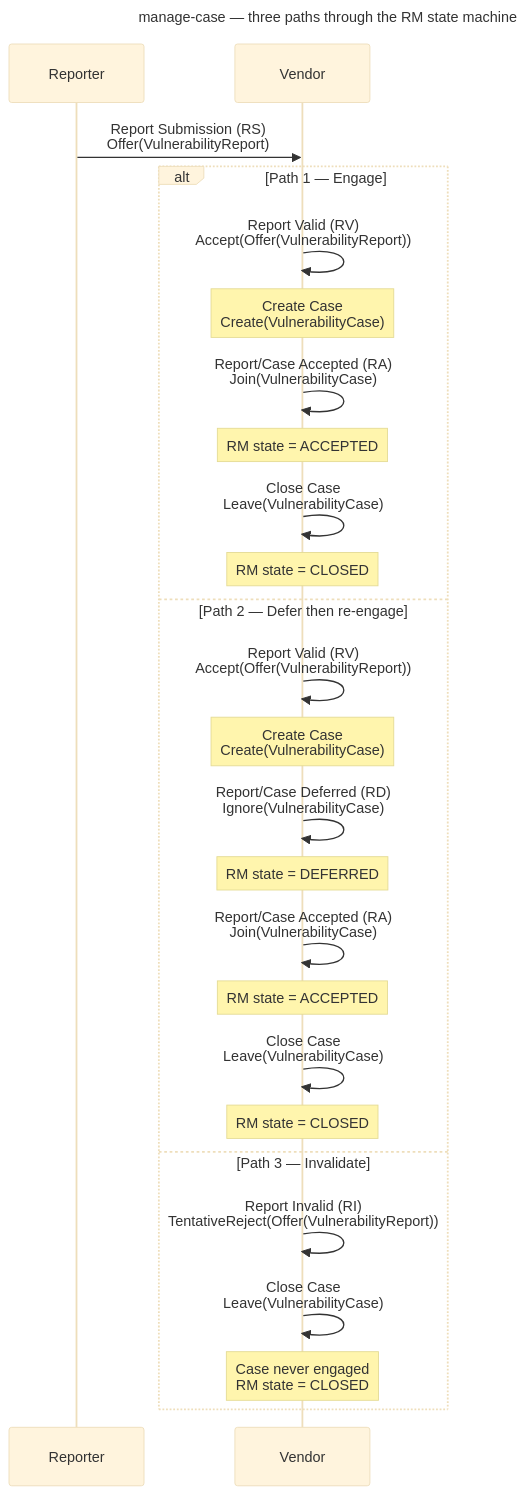
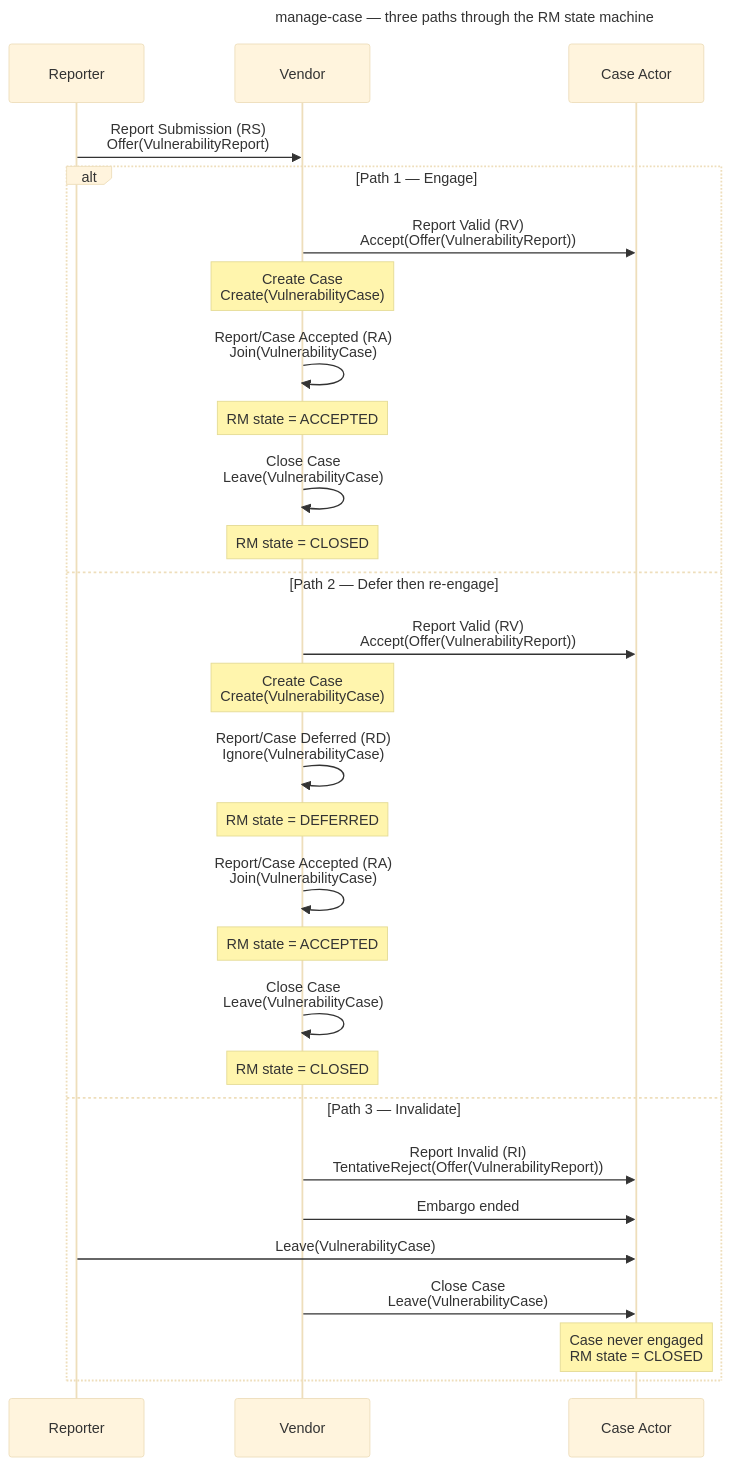
Before and after one commit to CERTCC/Vultron: the ninth of 9 diagrams in docs/tutorials/other_demos.md, drawn with Mermaid (base theme). The commit also changed other lines of this file and 1 other file, not shown here.

Commit message:
docs: exchange demo tutorials show report answers sent to the CaseActor (#5438)

````diff
--- a/docs/tutorials/other_demos.md
+++ b/docs/tutorials/other_demos.md
@@ -479,31 +485,34 @@
 ```mermaid
 ---
 title: manage-case — three paths through the RM state machine
 ---
 sequenceDiagram
     participant R as Reporter
     participant V as Vendor
+    participant CA as Case Actor
 
     R->>V: Report Submission (RS)<br/>Offer(VulnerabilityReport)
     alt Path 1 — Engage
-        V->>V: Report Valid (RV)<br/>Accept(Offer(VulnerabilityReport))
+        V->>CA: Report Valid (RV)<br/>Accept(Offer(VulnerabilityReport))
         Note over V: Create Case<br/>Create(VulnerabilityCase)
         V->>V: Report/Case Accepted (RA)<br/>Join(VulnerabilityCase)
         Note over V: RM state = ACCEPTED
         V->>V: Close Case<br/>Leave(VulnerabilityCase)
         Note over V: RM state = CLOSED
     else Path 2 — Defer then re-engage
-        V->>V: Report Valid (RV)<br/>Accept(Offer(VulnerabilityReport))
+        V->>CA: Report Valid (RV)<br/>Accept(Offer(VulnerabilityReport))
         Note over V: Create Case<br/>Create(VulnerabilityCase)
         V->>V: Report/Case Deferred (RD)<br/>Ignore(VulnerabilityCase)
         Note over V: RM state = DEFERRED
         V->>V: Report/Case Accepted (RA)<br/>Join(VulnerabilityCase)
         Note over V: RM state = ACCEPTED
         V->>V: Close Case<br/>Leave(VulnerabilityCase)
         Note over V: RM state = CLOSED
     else Path 3 — Invalidate
-        V->>V: Report Invalid (RI)<br/>TentativeReject(Offer(VulnerabilityReport))
-        V->>V: Close Case<br/>Leave(VulnerabilityCase)
-        Note over V: Case never engaged<br/>RM state = CLOSED
+        V->>CA: Report Invalid (RI)<br/>TentativeReject(Offer(VulnerabilityReport))
+        V->>CA: Embargo ended
+        R->>CA: Leave(VulnerabilityCase)
+        V->>CA: Close Case<br/>Leave(VulnerabilityCase)
+        Note over CA: Case never engaged<br/>RM state = CLOSED
     end
 ```
````
